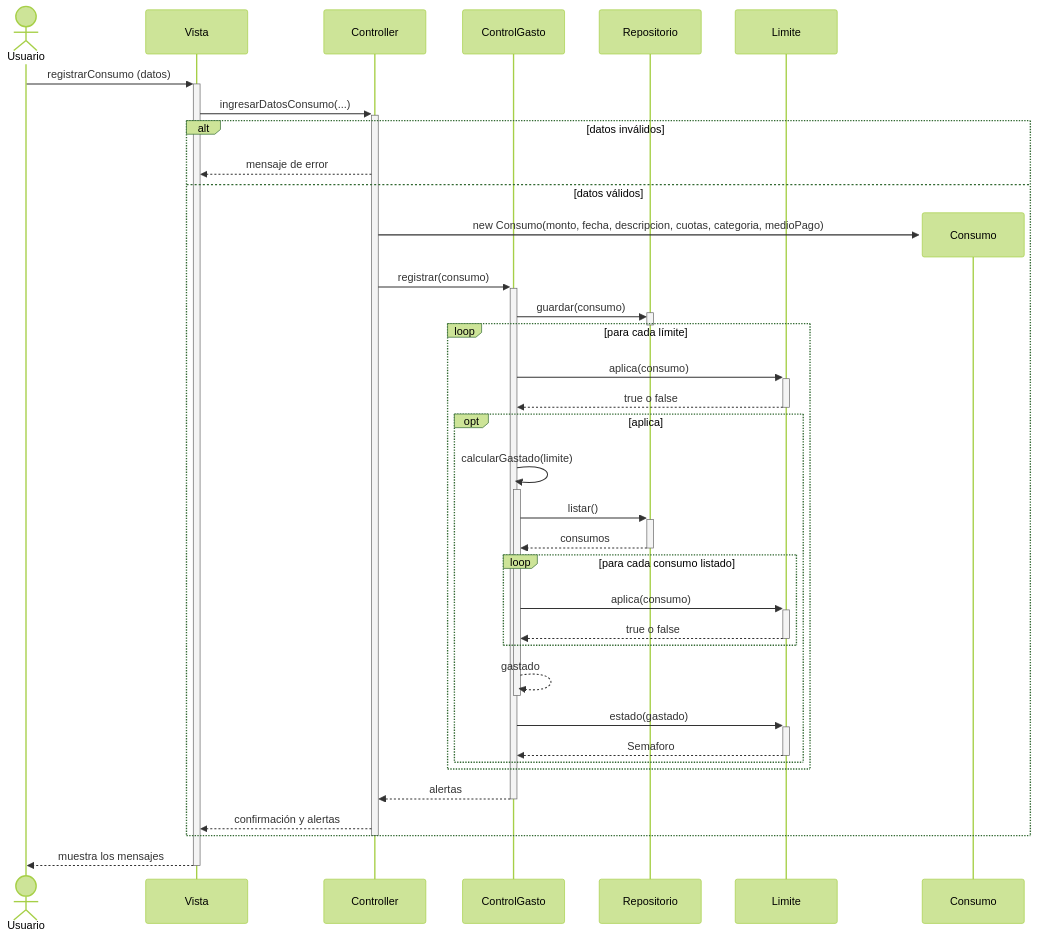
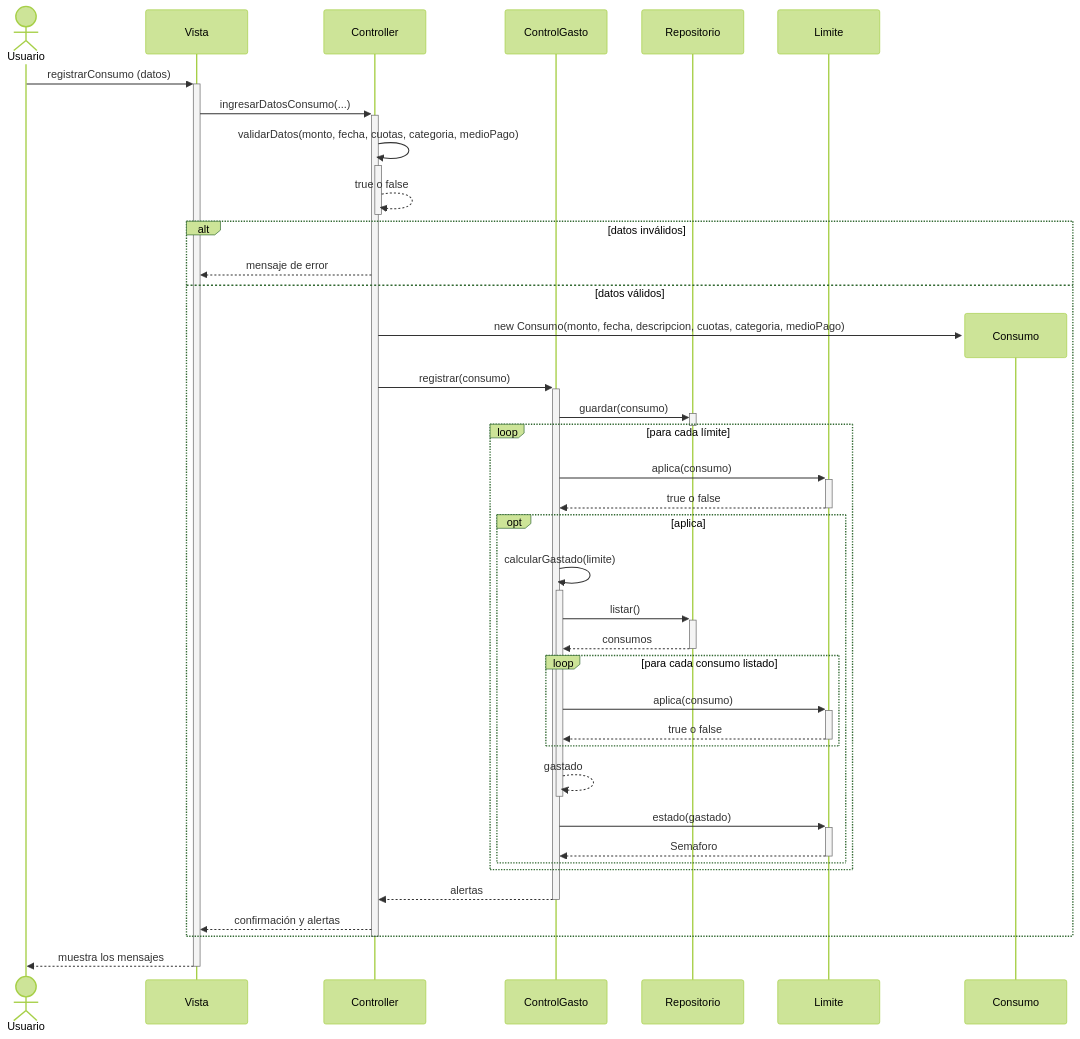
Before and after one commit to morenastolerman/Gestor-de-gastos: the diagram in Diagramas/CU1.md, drawn with Mermaid (forest theme).

Commit message:
Update sequence diagram in CU1.md

````diff
--- a/Diagramas/CU1.md
+++ b/Diagramas/CU1.md
@@ -2,45 +1,48 @@
 ```mermaid
 sequenceDiagram
     actor Usuario
     participant Vista
     participant Controller
     participant ControlGasto
     participant Repositorio
     participant Limite
 
     Usuario->>+Vista: registrarConsumo (datos)
     Vista->>+Controller: ingresarDatosConsumo(...)
+
+    Controller->>+Controller: validarDatos(monto, fecha, cuotas, categoria, medioPago)
+    Controller-->>-Controller: true o false
 
     alt datos inválidos
         Controller-->>Vista: mensaje de error
     else datos válidos
         create participant Consumo
         Controller->>Consumo: new Consumo(monto, fecha, descripcion, cuotas, categoria, medioPago)
         Controller->>+ControlGasto: registrar(consumo)
         ControlGasto->>+Repositorio: guardar(consumo)
         deactivate Repositorio
 
         loop para cada límite
             ControlGasto->>+Limite: aplica(consumo)
             Limite-->>-ControlGasto: true o false
             opt aplica
                 ControlGasto->>+ControlGasto: calcularGastado(limite)
                 ControlGasto->>+Repositorio: listar()
                 Repositorio-->>-ControlGasto: consumos
                 loop para cada consumo listado
                     ControlGasto->>+Limite: aplica(consumo)
                     Limite-->>-ControlGasto: true o false
                 end
                 ControlGasto-->>-ControlGasto: gastado
                 ControlGasto->>+Limite: estado(gastado)
                 Limite-->>-ControlGasto: Semaforo
             end
         end
 
         ControlGasto-->>Controller: alertas
         deactivate ControlGasto
         Controller-->>Vista: confirmación y alertas
     end
     deactivate Controller
     Vista-->>-Usuario: muestra los mensajes
 ```
````
